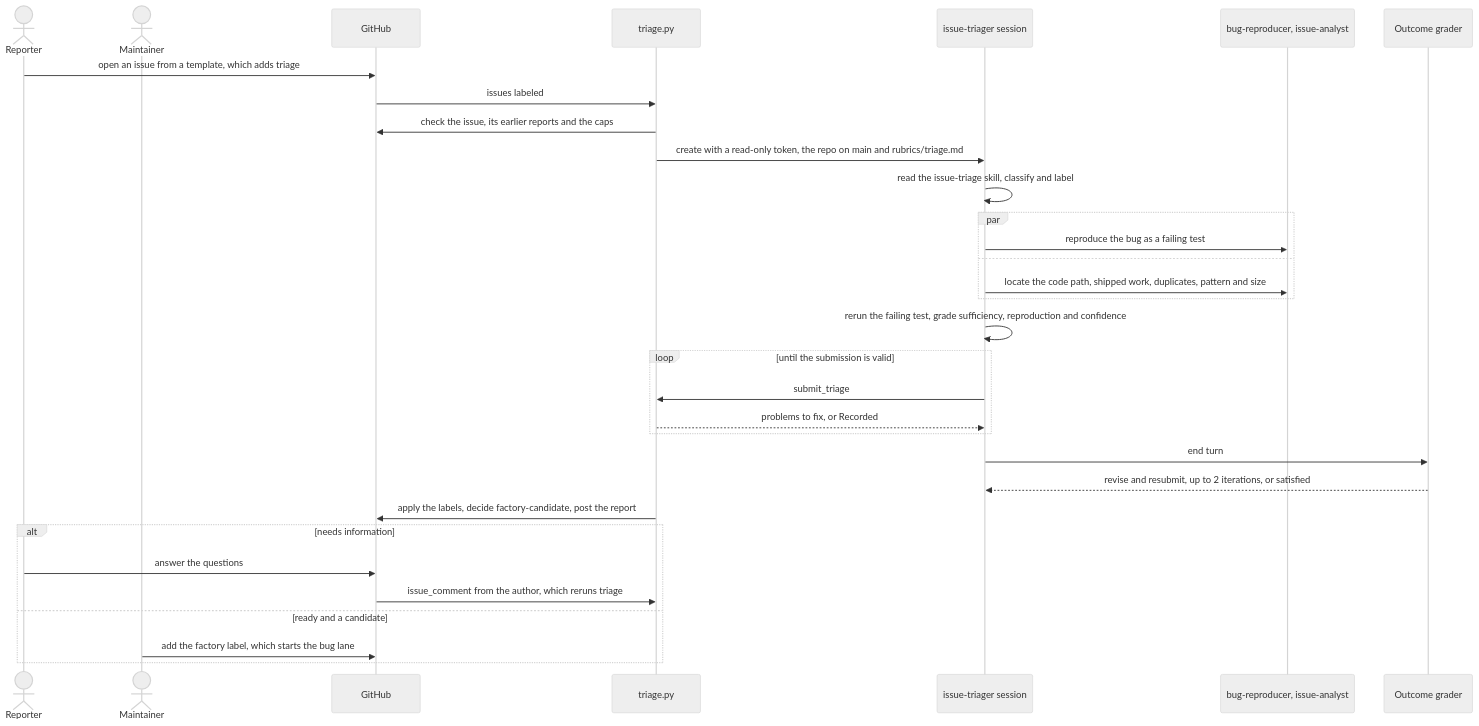
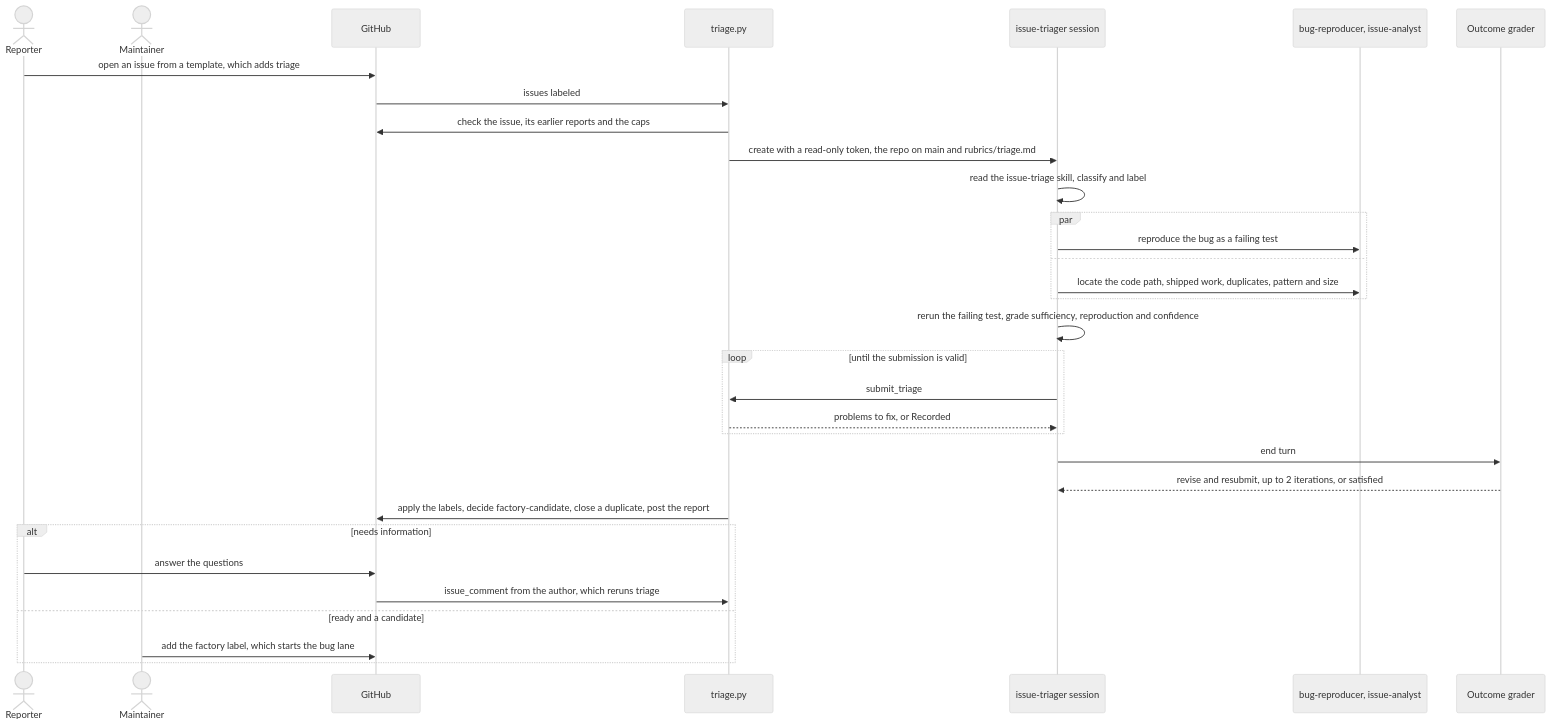
One commit to Arize-ai/openinference changed the fourth of 5 diagrams in factory/README.md. Above: the diagram before and after it, drawn with Mermaid (neutral theme). The commit also changed other lines of this file and 7 other files, not shown here.

First line of the commit message:
fix(factory): close duplicate issues and harden the triage lane

````diff
--- a/factory/README.md
+++ b/factory/README.md
@@ -178,35 +181,35 @@
 ```mermaid
 sequenceDiagram
   actor reporter as Reporter
   actor maintainer as Maintainer
   participant github as GitHub
   participant triage as triage.py
   participant session as issue-triager session
   participant subagents as bug-reproducer, issue-analyst
   participant grader as Outcome grader
 
   reporter->>github: open an issue from a template, which adds triage
   github->>triage: issues labeled
   triage->>github: check the issue, its earlier reports and the caps
   triage->>session: create with a read-only token, the repo on main and rubrics/triage.md
   session->>session: read the issue-triage skill, classify and label
   par
     session->>subagents: reproduce the bug as a failing test
   and
     session->>subagents: locate the code path, shipped work, duplicates, pattern and size
   end
   session->>session: rerun the failing test, grade sufficiency, reproduction and confidence
   loop until the submission is valid
     session->>triage: submit_triage
     triage-->>session: problems to fix, or Recorded
   end
   session->>grader: end turn
   grader-->>session: revise and resubmit, up to 2 iterations, or satisfied
-  triage->>github: apply the labels, decide factory-candidate, post the report
+  triage->>github: apply the labels, decide factory-candidate, close a duplicate, post the report
   alt needs information
     reporter->>github: answer the questions
     github->>triage: issue_comment from the author, which reruns triage
   else ready and a candidate
     maintainer->>github: add the factory label, which starts the bug lane
   end
 ```
````
